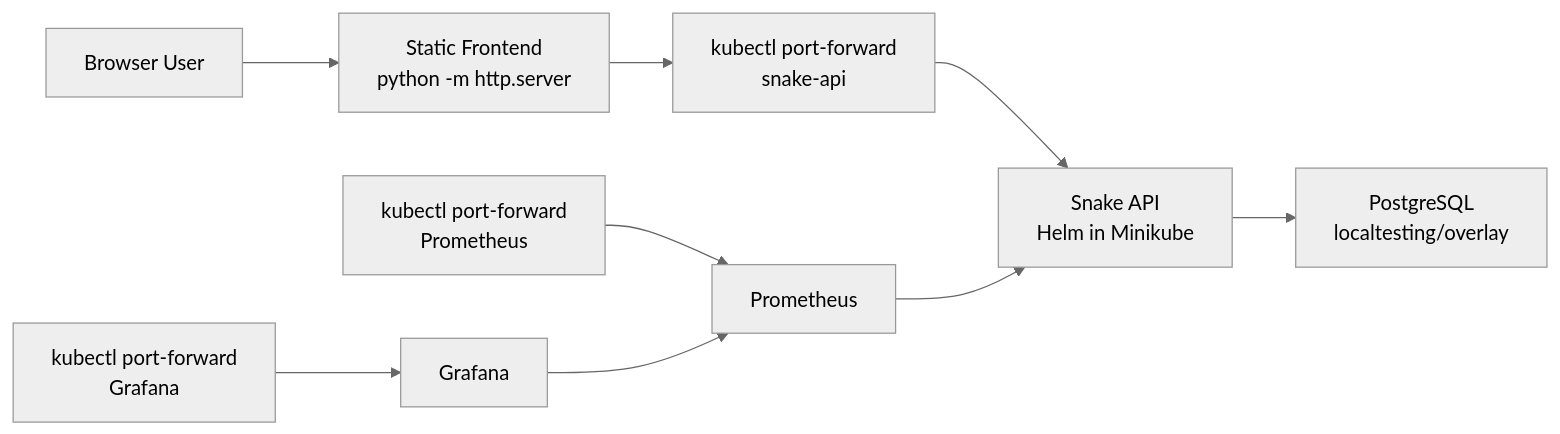
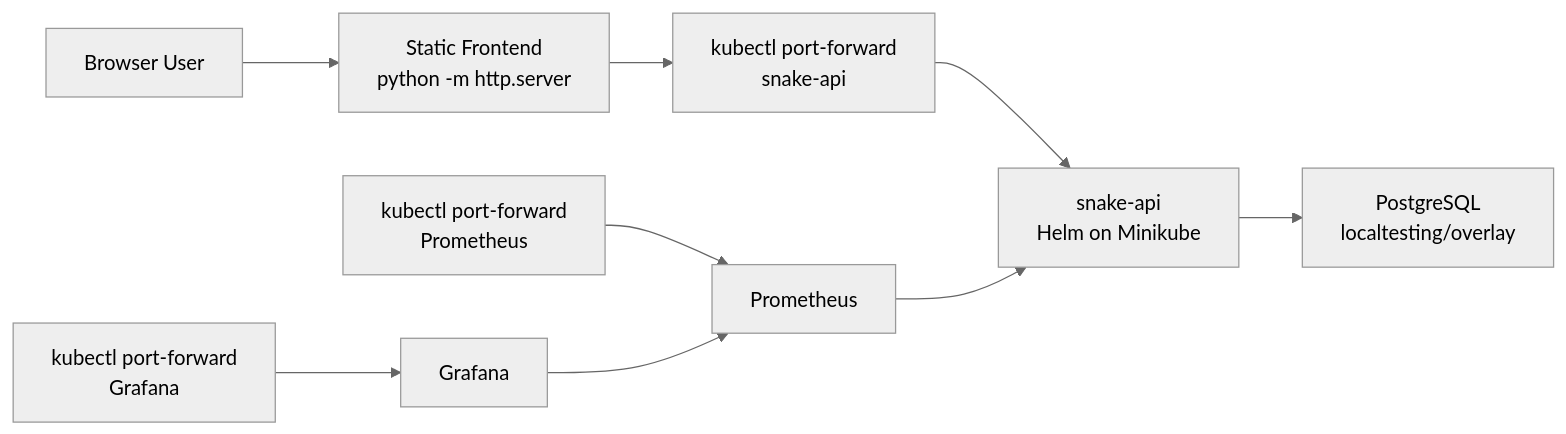
The second of 2 diagrams in docs/architecture.md (ivanmarceta/incode-assignment), drawn with Mermaid (neutral theme) before and after one commit. The commit also changed other lines of this file and 10 other files, not shown here.

````diff
--- a/docs/architecture.md
+++ b/docs/architecture.md
@@ -112,11 +131,11 @@
 ```mermaid
 flowchart LR
-    LocalUser["Browser User"] --> LocalFrontend["Static Frontend<br/>python -m http.server"]
-    LocalFrontend --> PF1["kubectl port-forward<br/>snake-api"]
-    PF1 --> LocalAPI["Snake API<br/>Helm in Minikube"]
+    LocalUser["Browser User"] --> LocalFront["Static Frontend<br/>python -m http.server"]
+    LocalFront --> PF1["kubectl port-forward<br/>snake-api"]
+    PF1 --> LocalAPI["snake-api<br/>Helm on Minikube"]
     LocalAPI --> LocalPG["PostgreSQL<br/>localtesting/overlay"]
     PF2["kubectl port-forward<br/>Prometheus"] --> LocalProm["Prometheus"]
     PF3["kubectl port-forward<br/>Grafana"] --> LocalGraf["Grafana"]
     LocalProm --> LocalAPI
     LocalGraf --> LocalProm
 ```
````
